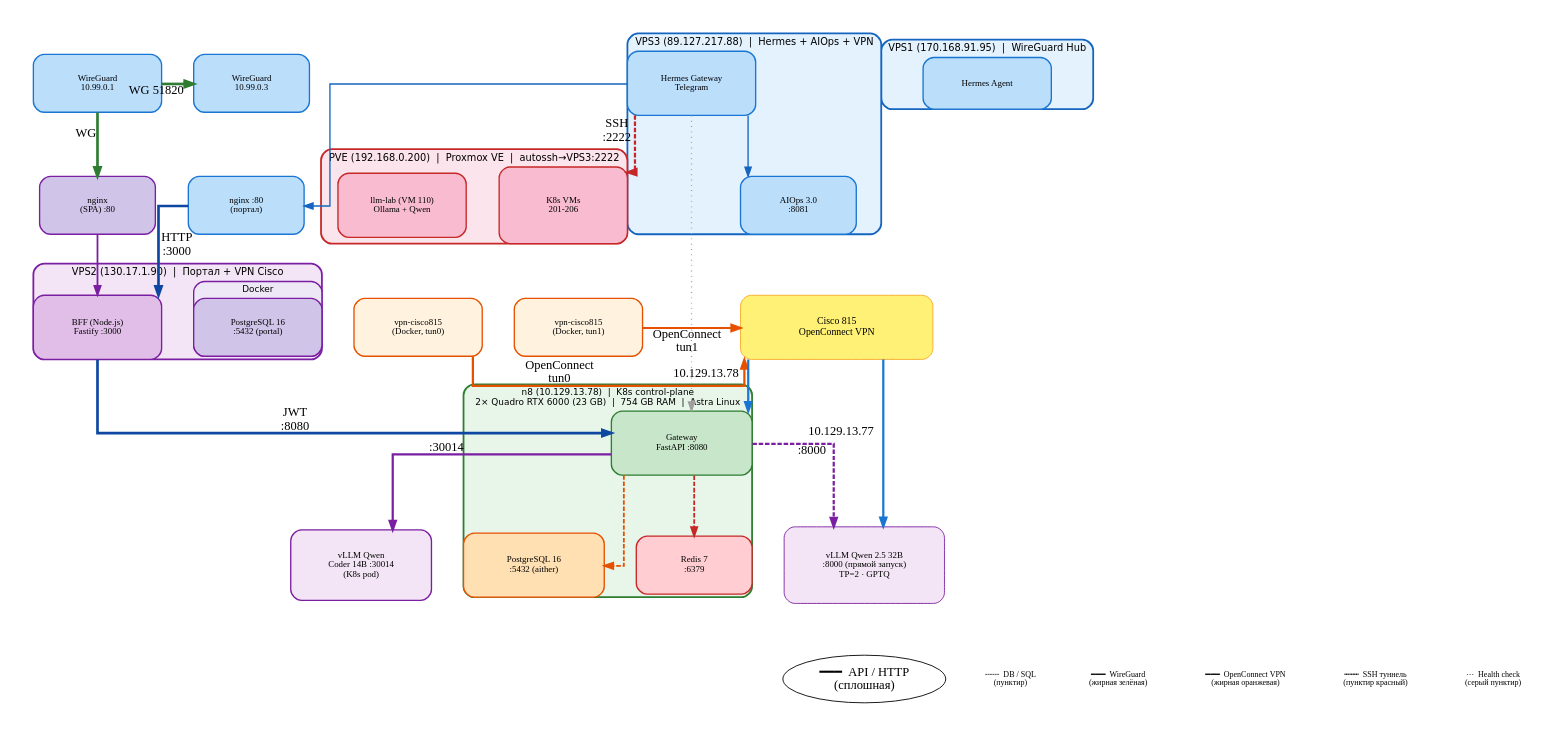
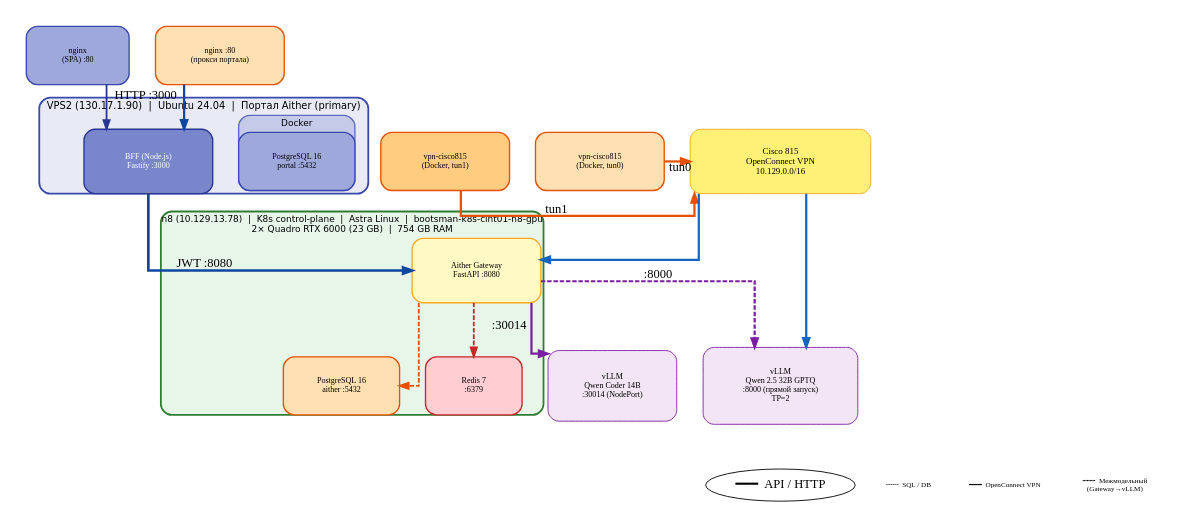
The diagram in docs/diagrams/physical-architecture-v3.dot (dedvmedved-dot/aither-project), drawn with Graphviz before and after one commit. The commit also changed 3 other files, not shown here.

Commit message:
docs: Aither-only physical diagram — VPS2/VPS3/Cisco/n8/n7, OS labels

```diff
--- a/docs/diagrams/physical-architecture-v3.dot
+++ b/docs/diagrams/physical-architecture-v3.dot
@@ -1,9 +1,8 @@
 digraph AitherPhysicalArchitecture {
-    // ── Layout ──
     rankdir=TB
     splines=ortho
-    nodesep=0.5
-    ranksep=0.8
+    nodesep=0.4
+    ranksep=0.7
     fontname="DejaVu Sans"
     fontsize=12
     bgcolor="white"
@@ -12,121 +11,102 @@
     dpi=72
 
     // ══════════════════════════════════════════════════════════
-    // VPS LAYER — Blue
+    // VPS2 — Основной портал
     // ══════════════════════════════════════════════════════════
-    subgraph cluster_vps1 {
-        label="VPS1 (170.168.91.95)  |  WireGuard Hub"
+    subgraph cluster_vps2 {
+        label="VPS2 (130.17.1.90)  |  Ubuntu 24.04  |  Портал Aither (primary)"
         style="filled,rounded"
-        fillcolor="#e3f2fd"
-        color="#1565c0"
+        fillcolor="#e8eaf6"
+        color="#3949ab"
         fontcolor="#000000"
         fontsize=11
         penwidth=2
-        node [shape=box, style="filled,rounded", fillcolor="#bbdefb", color="#1976d2", fontcolor="#000000", fontsize=10, penwidth=1.5]
-        v1_wg [label="WireGuard\n10.99.0.1", width=2.0, height=0.9]
-        v1_hermes [label="Hermes Agent", width=2.0, height=0.8]
-    }
-
-    subgraph cluster_vps3 {
-        label="VPS3 (89.127.217.88)  |  Hermes + AIOps + VPN"
-        style="filled,rounded"
-        fillcolor="#e3f2fd"
-        color="#1565c0"
-        fontcolor="#000000"
-        fontsize=11
-        penwidth=2
-        node [shape=box, style="filled,rounded", fillcolor="#bbdefb", color="#1976d2", fontcolor="#000000", fontsize=10, penwidth=1.5]
-        v3_hermes [label="Hermes Gateway\nTelegram", width=2.0, height=1.0]
-        v3_aiops [label="AIOps 3.0\n:8081", width=1.8, height=0.9]
-        v3_nginx [label="nginx :80\n(портал)", width=1.8, height=0.9]
-        v3_vpn [label="vpn-cisco815\n(Docker, tun0)", fillcolor="#fff3e0", color="#e65100", width=2.0, height=0.9]
-        v3_wg [label="WireGuard\n10.99.0.3", width=1.8, height=0.9]
-    }
-
-    // ══════════════════════════════════════════════════════════
-    // PVE (Proxmox)
-    // ══════════════════════════════════════════════════════════
-    subgraph cluster_pve {
-        label="PVE (192.168.0.200)  |  Proxmox VE  |  autossh→VPS3:2222"
-        style="filled,rounded"
-        fillcolor="#fce4ec"
-        color="#c62828"
-        fontcolor="#000000"
-        fontsize=11
-        penwidth=2
-        node [shape=box, style="filled,rounded", fillcolor="#f8bbd0", color="#c62828", fontcolor="#000000", fontsize=10, penwidth=1.5]
-        pve_k8s [label="K8s VMs\n201-206", width=2.0, height=1.2]
-        pve_llm [label="llm-lab (VM 110)\nOllama + Qwen", width=2.0, height=1.0]
-    }
-
-    // ══════════════════════════════════════════════════════════
-    // VPS2 — Purple
-    // ══════════════════════════════════════════════════════════
-    subgraph cluster_vps2 {
-        label="VPS2 (130.17.1.90)  |  Портал + VPN Cisco"
-        style="filled,rounded"
-        fillcolor="#f3e5f5"
-        color="#7b1fa2"
-        fontcolor="#000000"
-        fontsize=11
-        penwidth=2
-        node [shape=box, style="filled,rounded", fillcolor="#e1bee7", color="#7b1fa2", fontcolor="#000000", fontsize=10, penwidth=1.5]
 
         subgraph cluster_vps2_docker {
             label="Docker"
             style="filled,rounded"
-            fillcolor="#ede7f6"
-            color="#7b1fa2"
+            fillcolor="#c5cae9"
+            color="#5c6bc0"
             fontcolor="#000000"
             fontsize=10
             penwidth=1.5
-            node [shape=box, style="filled,rounded", fillcolor="#d1c4e9", color="#7b1fa2", fontcolor="#000000", fontsize=10, penwidth=1.5]
-            v2_nginx [label="nginx\n(SPA) :80", width=1.8, height=0.9]
-            v2_pg [label="PostgreSQL 16\n:5432 (portal)", width=2.0, height=0.9]
+            node [shape=box, style="filled,rounded", fillcolor="#9fa8da", color="#3949ab", fontcolor="#000000", fontsize=9, penwidth=1.5]
+            v2_nginx [label="nginx\n(SPA) :80", width=1.6, height=0.9]
+            v2_pg [label="PostgreSQL 16\nportal :5432", width=1.8, height=0.9]
         }
 
-        node [shape=box, style="filled,rounded", fillcolor="#e1bee7", color="#7b1fa2", fontcolor="#000000", fontsize=10, penwidth=1.5]
+        node [shape=box, style="filled,rounded", fillcolor="#7986cb", color="#283593", fontcolor="#ffffff", fontsize=9, penwidth=1.5]
         v2_bff [label="BFF (Node.js)\nFastify :3000", width=2.0, height=1.0]
-        v2_vpn [label="vpn-cisco815\n(Docker, tun1)", fillcolor="#fff3e0", color="#e65100", width=2.0, height=0.9]
+        v2_vpn [label="vpn-cisco815\n(Docker, tun1)", fillcolor="#ffcc80", color="#e65100", fontcolor="#000000", width=2.0, height=0.9]
     }
 
     // ══════════════════════════════════════════════════════════
-    // NETWORK — Yellow
+    // VPS3 — Резерв + фронт
+    // ══════════════════════════════════════════════════════════
+    subgraph cluster_vps3 {
+        label="VPS3 (89.127.217.88)  |  Ubuntu 24.04  |  Резервный портал"
+        style="filled,rounded"
+        fillcolor="#fff3e0"
+        color="#e65100"
+        fontcolor="#000000"
+        fontsize=11
+        penwidth=2
+
+        node [shape=box, style="filled,rounded", fillcolor="#ffe0b2", color="#e65100", fontcolor="#000000", fontsize=9, penwidth=1.5]
+        v3_nginx [label="nginx :80\n(прокси портала)", width=2.0, height=0.9]
+        v3_vpn [label="vpn-cisco815\n(Docker, tun0)", width=2.0, height=0.9]
+    }
+
+    // ══════════════════════════════════════════════════════════
+    // Cisco 815
     // ══════════════════════════════════════════════════════════
     subgraph cluster_cisco {
-        label="Cisco815 (95.137.2.98)  |  VPN-сервер  |  10.129.0.0/16"
+        label="Cisco 815 (95.137.2.98)  |  VPN-сервер (тестовая зона)"
         style="filled,rounded"
         fillcolor="#fff9c4"
         color="#f9a825"
         fontcolor="#000000"
         fontsize=11
         penwidth=2
-        cisco [shape=box, style="filled,rounded", fillcolor="#fff176", color="#f9a825", fontcolor="#000000", label="Cisco 815\nOpenConnect VPN", width=3.0, height=1.0, fontsize=11]
+        cisco [shape=box, style="filled,rounded", fillcolor="#fff176", color="#f9a825", fontcolor="#000000",
+               label="Cisco 815\nOpenConnect VPN\n10.129.0.0/16", width=2.8, height=1.0, fontsize=10]
     }
 
     // ══════════════════════════════════════════════════════════
-    // n8 — Green — control-plane
+    // n8 — control-plane + Gateway
     // ══════════════════════════════════════════════════════════
     subgraph cluster_n8 {
-        label="n8 (10.129.13.78)  |  K8s control-plane\n2× Quadro RTX 6000 (23 GB)  |  754 GB RAM  |  Astra Linux"
+        label="n8 (10.129.13.78)  |  K8s control-plane  |  Astra Linux  |  bootsman-k8s-clnt01-n8-gpu\n2× Quadro RTX 6000 (23 GB)  |  754 GB RAM"
         style="filled,rounded"
         fillcolor="#e8f5e9"
         color="#2e7d32"
         fontcolor="#000000"
         fontsize=10
         penwidth=2
-        node [shape=box, style="filled,rounded", fontcolor="#000000", fontsize=10, penwidth=1.5]
-        n8_gw [label="Gateway\nFastAPI :8080", fillcolor="#c8e6c9", color="#2e7d32", width=2.2, height=1.0]
-        n8_pg [label="PostgreSQL 16\n:5432 (aither)", fillcolor="#ffe0b2", color="#e65100", width=2.2, height=1.0]
-        n8_redis [label="Redis 7\n:6379", fillcolor="#ffcdd2", color="#c62828", width=1.8, height=0.9]
-        n8_v14 [label="vLLM Qwen\nCoder 14B :30014\n(K8s pod)", fillcolor="#f3e5f5", color="#7b1fa2", width=2.2, height=1.1]
+
+        subgraph cluster_n8_k8s {
+            label="Kubernetes (v1.33.5)"
+            style="filled,rounded"
+            fillcolor="#c8e6c9"
+            color="#43a047"
+            fontcolor="#000000"
+            fontsize=9
+            penwidth=1.5
+            n8_v14 [shape=box, style="filled,rounded", fillcolor="#f3e5f5", color="#7b1fa2", fontcolor="#000000",
+                    label="vLLM\nQwen Coder 14B\n:30014 (NodePort)", width=2.0, height=1.1, fontsize=9]
+        }
+
+        node [shape=box, style="filled,rounded", fontcolor="#000000", fontsize=9, penwidth=1.5]
+        n8_gw [label="Aither Gateway\nFastAPI :8080", fillcolor="#fff9c4", color="#f9a825", width=2.0, height=1.0]
+        n8_pg [label="PostgreSQL 16\naither :5432", fillcolor="#ffe0b2", color="#e65100", width=1.8, height=0.9]
+        n8_redis [label="Redis 7\n:6379", fillcolor="#ffcdd2", color="#c62828", width=1.5, height=0.9]
     }
 
     // ══════════════════════════════════════════════════════════
-    // n7 — Green — worker
+    // n7 — worker + vLLM 32B
     // ══════════════════════════════════════════════════════════
     subgraph cluster_n7 {
-        label="n7 (10.129.13.77)  |  K8s worker\n2× Quadro RTX 6000 (23 GB)  |  754 GB RAM  |  Astra Linux"
+        label="n7 (10.129.13.77)  |  K8s worker  |  Astra Linux  |  bootsmam-k8s-clnt01-n7-gpu\n2× Quadro RTX 6000 (23 GB)  |  754 GB RAM"
         style="filled,rounded"
         fillcolor="#e8f5e9"
         color="#2e7d32"
@@ -134,13 +114,12 @@
         fontsize=10
         penwidth=2
         n7_v32 [shape=box, style="filled,rounded", fillcolor="#f3e5f5", color="#7b1fa2", fontcolor="#000000",
-                label="vLLM Qwen 2.5 32B\n:8000 (прямой запуск)\nTP=2 · GPTQ", width=2.5, height=1.2, fontsize=10]
+                label="vLLM\nQwen 2.5 32B GPTQ\n:8000 (прямой запуск)\nTP=2", width=2.4, height=1.2, fontsize=9]
     }
 
     // ══════════════════════════════════════════════════════════
-    // RANK ENFORCEMENT
+    // RANK
     // ══════════════════════════════════════════════════════════
-    { rank=same; v1_wg; v3_wg }
     { rank=same; v3_nginx; v2_nginx }
     { rank=same; v3_vpn; v2_vpn; cisco }
     { rank=same; n8_v14; n7_v32 }
@@ -149,44 +128,30 @@
     // EDGES
     // ══════════════════════════════════════════════════════════
 
-    // ── WireGuard (bold green) ──
-    v1_wg -> v3_wg [color="#2e7d32", penwidth=3.0, style=bold, xlabel="WG 51820"]
-    v1_wg -> v2_nginx [color="#2e7d32", penwidth=3.0, style=bold, xlabel="WG"]
+    // VPS2 internal
+    v2_nginx -> v2_bff [color="#283593", penwidth=2.0, style=solid]
 
-    // ── SSH tunnel VPS3 ↔ PVE ──
-    v3_hermes -> pve_k8s [color="#c62828", penwidth=2.5, style=dashed, xlabel="SSH\n:2222"]
+    // VPS3 nginx → VPS2 BFF (portal proxy)
+    v3_nginx -> v2_bff [color="#0d47a1", penwidth=2.5, style=bold, xlabel="HTTP :3000"]
 
-    // ── VPS3 internal ──
-    v3_hermes -> v3_aiops [color="#1565c0", penwidth=1.5, style=solid]
-    v3_hermes -> v3_nginx [color="#1565c0", penwidth=1.5, style=solid]
+    // OpenConnect VPN
+    v2_vpn -> cisco [color="#e65100", penwidth=2.5, style=bold, xlabel="tun1"]
+    v3_vpn -> cisco [color="#e65100", penwidth=2.5, style=bold, xlabel="tun0"]
 
-    // ── VPS2 internal ──
-    v2_nginx -> v2_bff [color="#7b1fa2", penwidth=2.0, style=solid]
+    // Cisco → GPU nodes
+    cisco -> n8_gw [color="#1565c0", penwidth=2.5, style=solid]
+    cisco -> n7_v32 [color="#1565c0", penwidth=2.5, style=solid]
 
-    // ── VPS3 nginx → VPS2 BFF (portal proxy) ──
-    v3_nginx -> v2_bff [color="#0d47a1", penwidth=3.0, style=bold, xlabel="HTTP\n:3000"]
+    // BFF → Gateway
+    v2_bff -> n8_gw [color="#0d47a1", penwidth=3.0, style=bold, xlabel="JWT :8080"]
 
-    // ── OpenConnect VPN tunnels ──
-    v2_vpn -> cisco [color="#e65100", penwidth=2.5, style=bold, xlabel="OpenConnect\ntun1"]
-    v3_vpn -> cisco [color="#e65100", penwidth=2.5, style=bold, xlabel="OpenConnect\ntun0"]
-
-    // ── Cisco → n7, n8 ──
-    cisco -> n8_gw [color="#1976d2", penwidth=2.5, style=solid, xlabel="10.129.13.78"]
-    cisco -> n7_v32 [color="#1976d2", penwidth=2.5, style=solid, xlabel="10.129.13.77"]
-
-    // ── BFF → Gateway ──
-    v2_bff -> n8_gw [color="#0d47a1", penwidth=3.0, style=bold, xlabel="JWT\n:8080"]
-
-    // ── Gateway → vLLM ──
+    // Gateway → vLLM
     n8_gw -> n8_v14 [color="#7b1fa2", penwidth=2.5, style=solid, xlabel=":30014"]
     n8_gw -> n7_v32 [color="#7b1fa2", penwidth=2.5, style=dashed, xlabel=":8000"]
 
-    // ── Gateway → DB/Redis ──
+    // Gateway → DB/Redis
     n8_gw -> n8_pg [color="#e65100", penwidth=2.0, style=dashed]
     n8_gw -> n8_redis [color="#c62828", penwidth=2.0, style=dashed]
-
-    // ── Hermes ↔ Gateway (health checks) ──
-    v3_hermes -> n8_gw [color="#9e9e9e", penwidth=1.5, style=dotted]
 
     // ══════════════════════════════════════════════════════════
     // LEGEND
@@ -201,14 +166,12 @@
         fontcolor="#000000"
         fontsize=11
         peripheries=1
-        node [shape=plaintext, fillcolor="#fafafa", color="#fafafa", fontsize=9, fontcolor="#000000", margin="0.05,0.02"]
-        le1 [label="━━━  API / HTTP\n(сплошная)"]
-        le2 [label="╌╌╌  DB / SQL\n(пунктир)"]
-        le3 [label="━━━  WireGuard\n(жирная зелёная)"]
-        le4 [label="━━━  OpenConnect VPN\n(жирная оранжевая)"]
-        le5 [label="┅┅┅  SSH туннель\n(пунктир красный)"]
-        le6 [label="···  Health check\n(серый пунктир)"]
-        le1 -> le2 -> le3 -> le4 -> le5 -> le6 [style=invis]
+        node [shape=plaintext, fillcolor="#fafafa", color="#fafafa", fontsize=8, fontcolor="#000000", margin="0.03,0.02"]
+        le1 [label="━━━  API / HTTP"]
+        le2 [label="╌╌╌  SQL / DB"]
+        le3 [label="━━━  OpenConnect VPN"]
+        le4 [label="┅┅┅  Межмодельный\n(Gateway→vLLM)"]
+        le1 -> le2 -> le3 -> le4 [style=invis]
     }
-    { rank=same; le1; le2; le3; le4; le5; le6 }
+    { rank=same; le1; le2; le3; le4 }
 }
```
